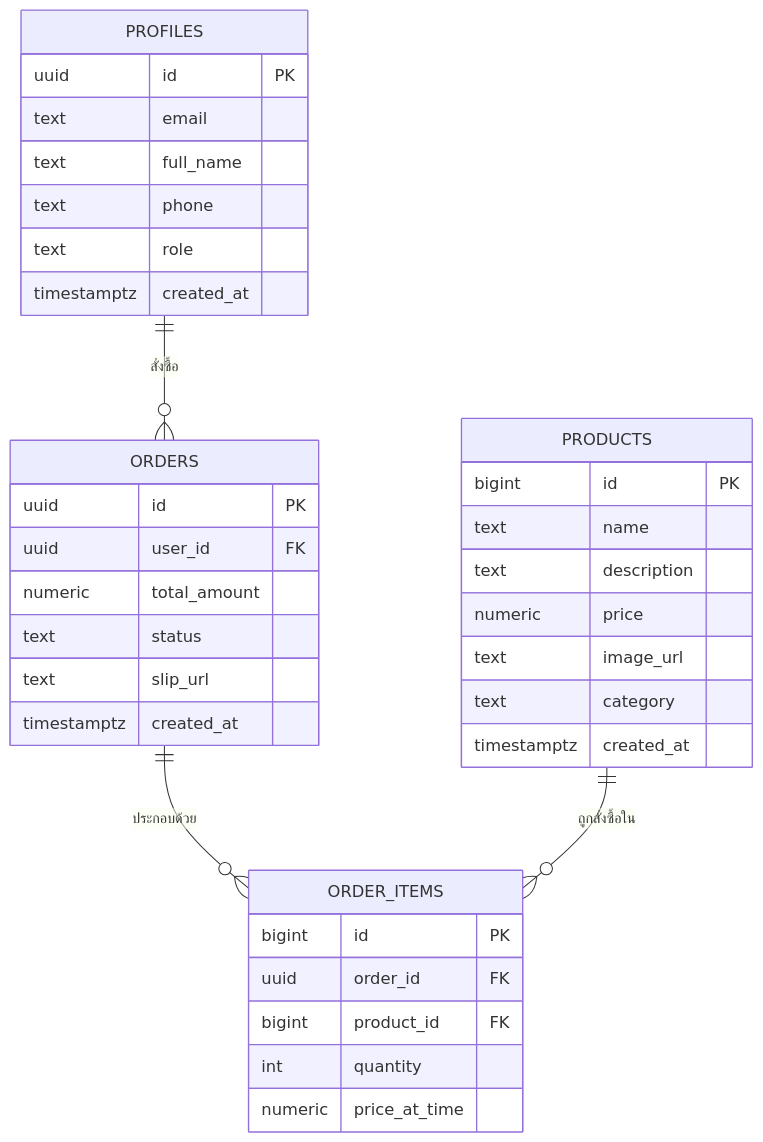
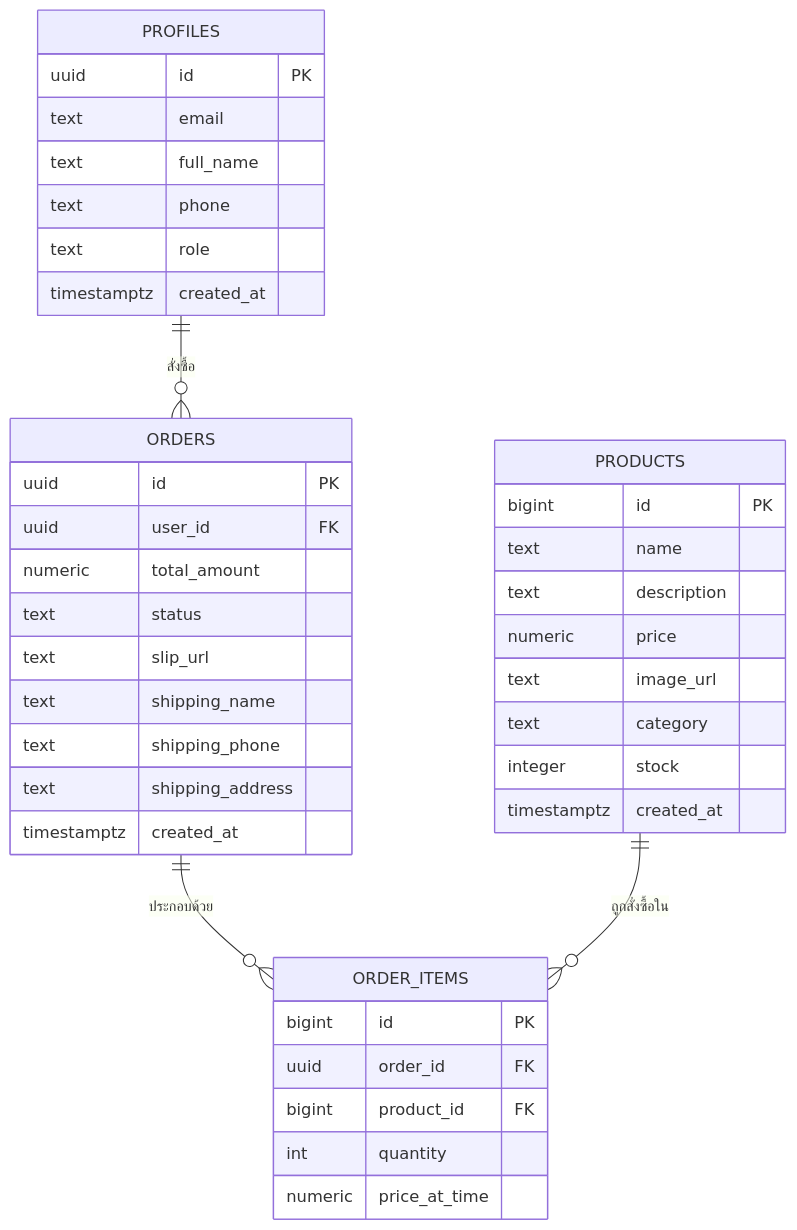
Before and after one commit to Kachanop/BM_com_v2: the diagram in docs/data-schema.md, drawn with Mermaid. The commit also changed other lines of this file and 4 other files, not shown here.

````diff
--- a/docs/data-schema.md
+++ b/docs/data-schema.md
@@ -7,42 +7,46 @@
 ```mermaid
 erDiagram
     PROFILES ||--o{ ORDERS : "สั่งซื้อ"
     ORDERS ||--o{ ORDER_ITEMS : "ประกอบด้วย"
     PRODUCTS ||--o{ ORDER_ITEMS : "ถูกสั่งซื้อใน"
 
     PROFILES {
         uuid id PK
         text email
         text full_name
         text phone
         text role
         timestamptz created_at
     }
 
     PRODUCTS {
         bigint id PK
         text name
         text description
         numeric price
         text image_url
         text category
+        integer stock
         timestamptz created_at
     }
 
     ORDERS {
         uuid id PK
         uuid user_id FK
         numeric total_amount
         text status
         text slip_url
+        text shipping_name
+        text shipping_phone
+        text shipping_address
         timestamptz created_at
     }
 
     ORDER_ITEMS {
         bigint id PK
         uuid order_id FK
         bigint product_id FK
         int quantity
         numeric price_at_time
     }
 ```
````
